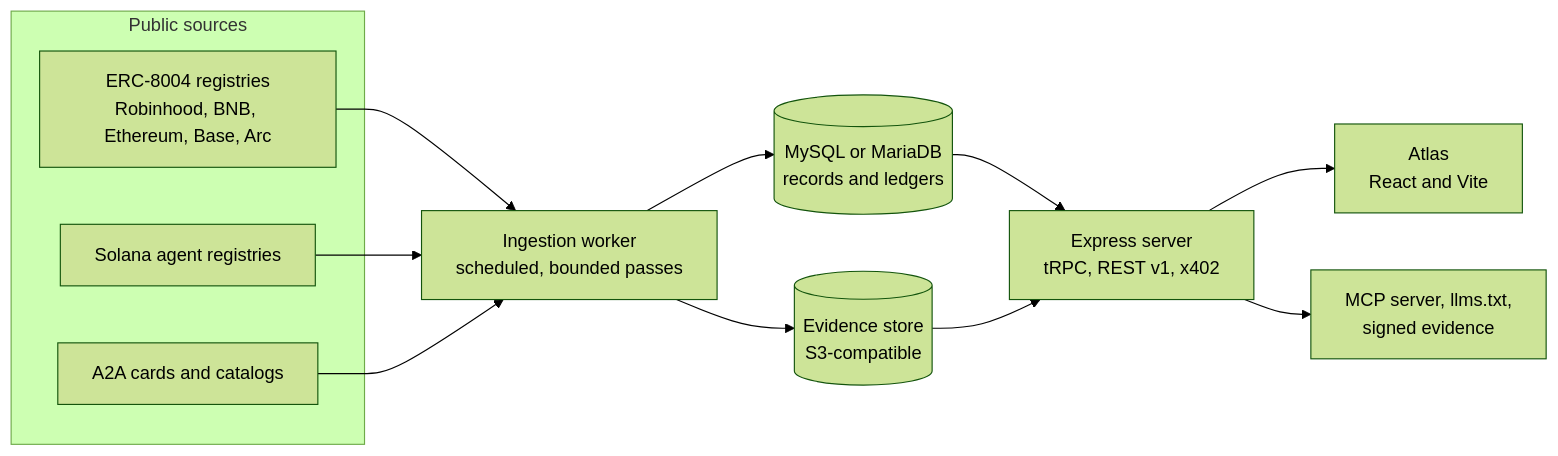
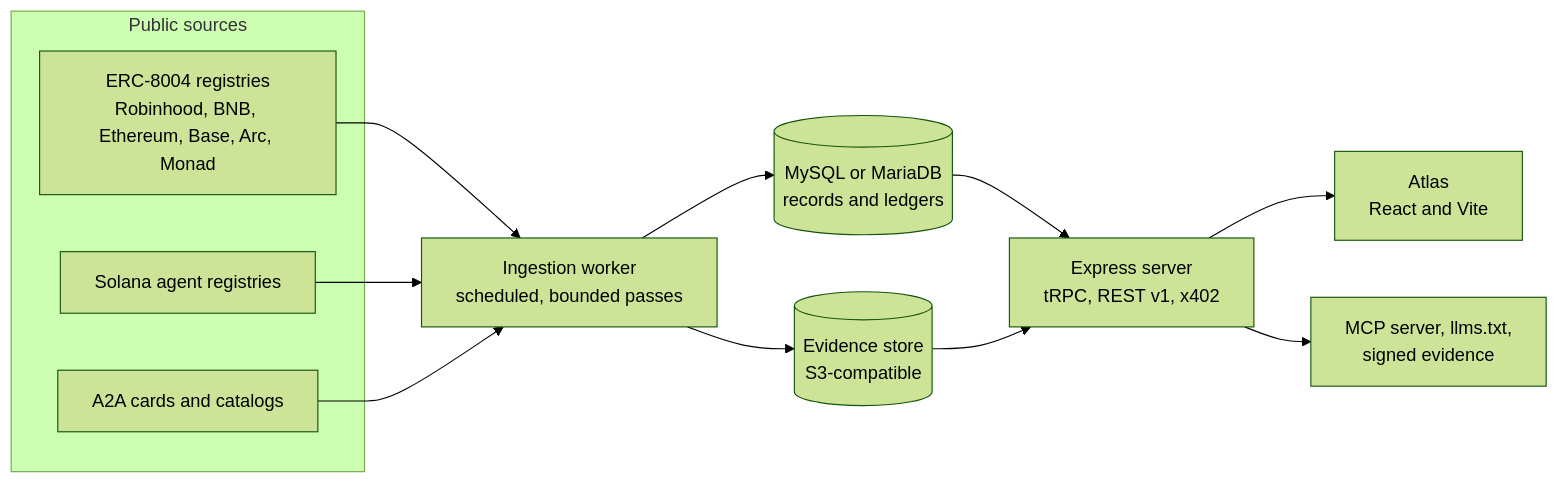
The diagram in README.md (RunTimeAdmin/nooscape-public), drawn with Mermaid (forest theme) before and after one commit. The commit also changed other lines of this file and 9 other files, not shown here.

````diff
--- a/README.md
+++ b/README.md
@@ -89,23 +89,23 @@
 ```mermaid
 flowchart LR
   subgraph Sources["Public sources"]
-    A["ERC-8004 registries<br/>Robinhood, BNB, Ethereum, Base, Arc"]
+    A["ERC-8004 registries<br/>Robinhood, BNB, Ethereum, Base, Arc, Monad"]
     B["Solana agent registries"]
     C["A2A cards and catalogs"]
   end
   W["Ingestion worker<br/>scheduled, bounded passes"]
   D[("MySQL or MariaDB<br/>records and ledgers")]
   S[("Evidence store<br/>S3-compatible")]
   X["Express server<br/>tRPC, REST v1, x402"]
   U["Atlas<br/>React and Vite"]
   O["MCP server, llms.txt,<br/>signed evidence"]
   A --> W
   B --> W
   C --> W
   W --> D
   W --> S
   D --> X
   S --> X
   X --> U
   X --> O
 ```
````
